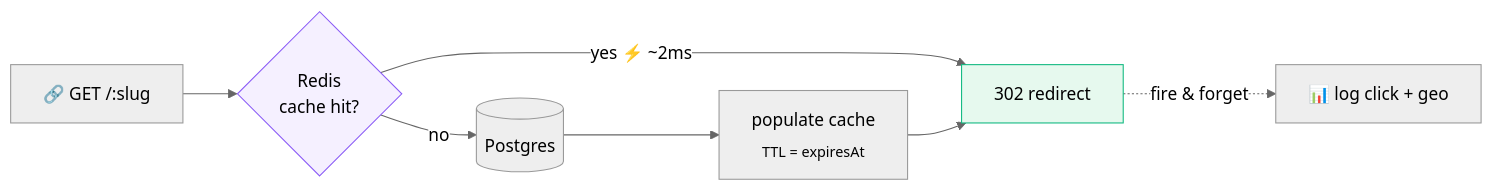
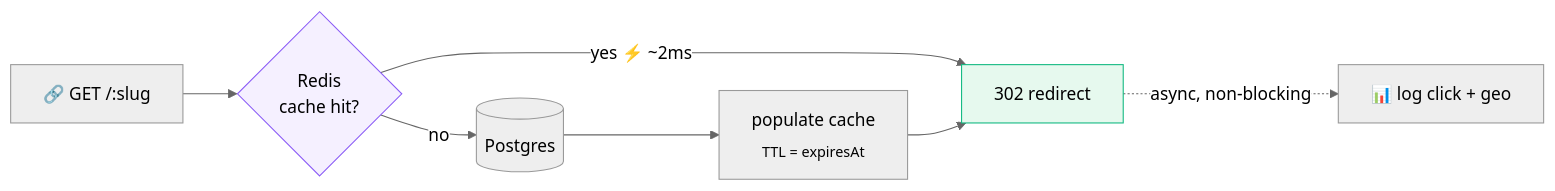
Before and after one commit to techwithprateek/College-Capstone-Projects: the seventh of 9 diagrams in README.md, drawn with Mermaid (neutral theme). The commit also changed other lines of this file, not shown here.

First line of the commit message:
Fix Mermaid diagram parse errors in README

````diff
--- a/README.md
+++ b/README.md
@@ -239,12 +239,12 @@
 ```mermaid
 flowchart LR
     R["🔗 GET /:slug"] --> C{"Redis<br/>cache hit?"}
     C -->|"yes ⚡ ~2ms"| RD["302 redirect"]
     C -->|no| PG[("Postgres")]
     PG --> POP["populate cache<br/><sub>TTL = expiresAt</sub>"]
     POP --> RD
-    RD -.fire &amp; forget.-> LOG["📊 log click + geo"]
+    RD -. async, non-blocking .-> LOG["📊 log click + geo"]
 
     style RD fill:#e6f9ee,stroke:#10b981
     style C fill:#f5f0ff,stroke:#8b5cf6
 ```
````
